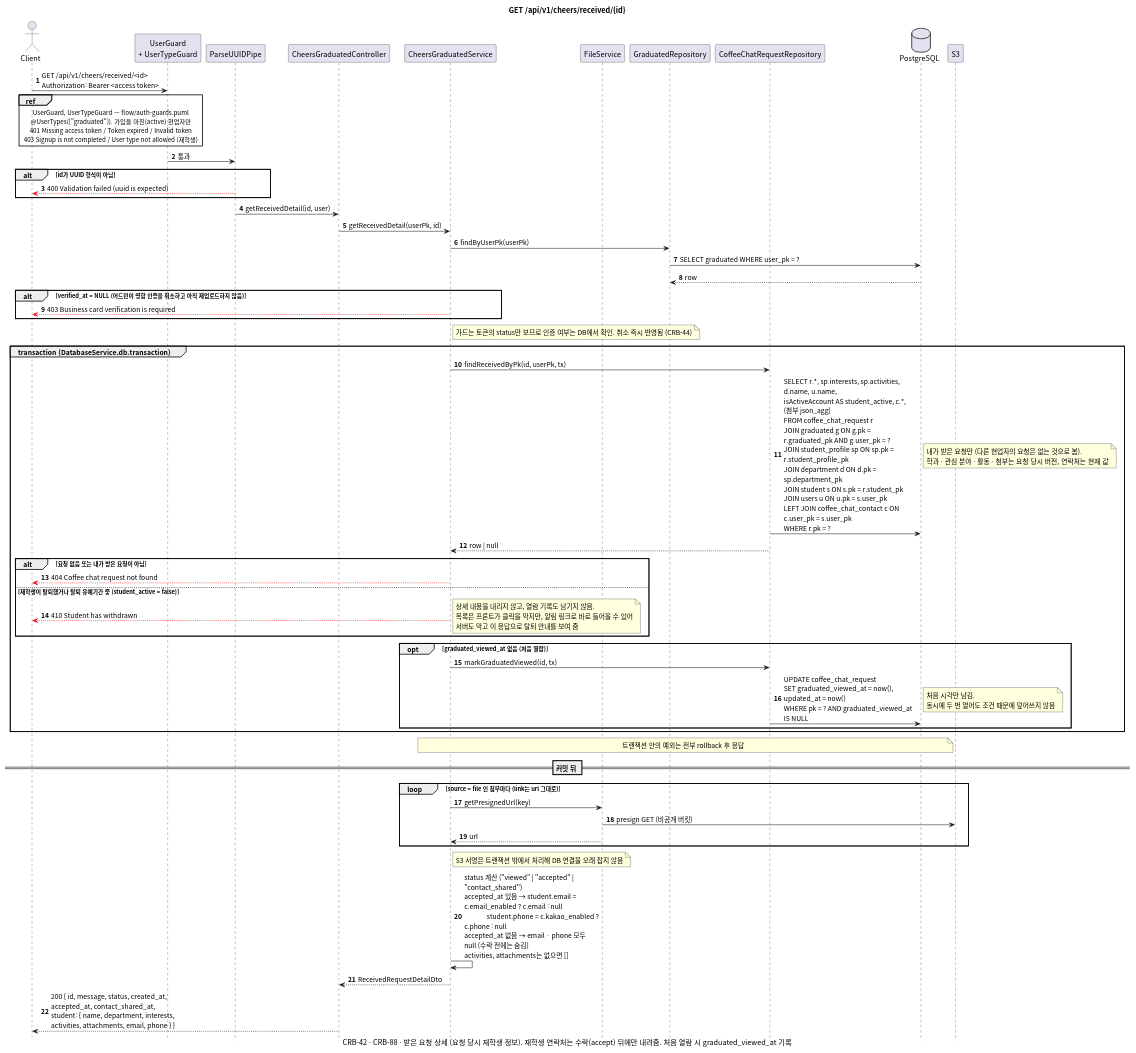
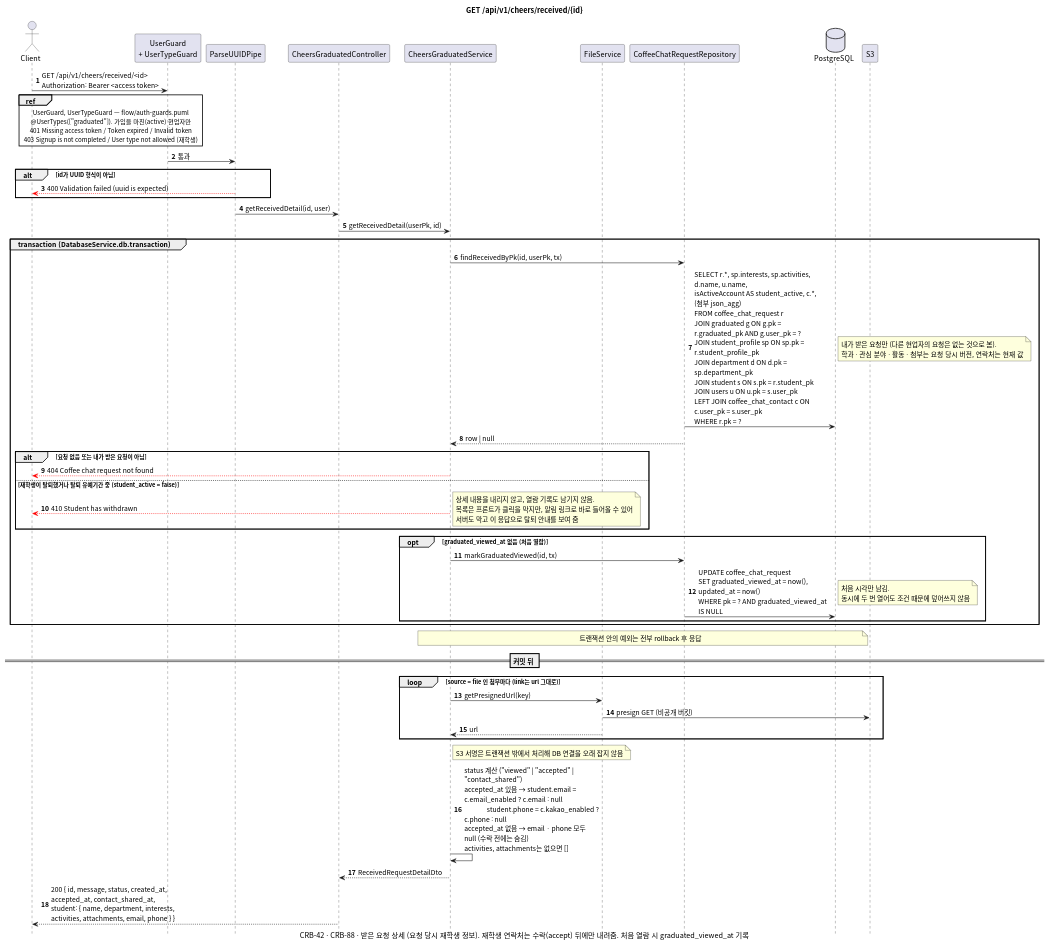
One commit to gsainfoteam/cheers-be changed the diagram in docs/sequence/cheers/get-cheers-received-id.puml. Above: the diagram before and after it, drawn with PlantUML. The commit also changed 12 other files, not shown here.

Commit message:
- docs: update sequence diagrams for graduated signup without verify (CRB-107)

```diff
--- a/docs/sequence/cheers/get-cheers-received-id.puml
+++ b/docs/sequence/cheers/get-cheers-received-id.puml
@@ -1,87 +1,78 @@
 @startuml get-cheers-received-id
 skinparam defaultFontName "Apple SD Gothic Neo", "Noto Sans CJK KR", sans-serif
 skinparam responseMessageBelowArrow true
 skinparam sequenceMessageAlign left
 skinparam maxMessageSize 260
 skinparam BoxPadding 8
 skinparam shadowing false
 autonumber
 hide footbox
 
 title GET /api/v1/cheers/received/{id}
 caption CRB-42 · CRB-88 · 받은 요청 상세 (요청 당시 재학생 정보). 재학생 연락처는 수락(accept) 뒤에만 내려줌. 처음 열람 시 graduated_viewed_at 기록
 
 actor Client
 participant "UserGuard\n+ UserTypeGuard" as Guard
 participant "ParseUUIDPipe" as Pipe
 participant "CheersGraduatedController" as Controller
 participant "CheersGraduatedService" as Service
 participant "FileService" as FileService
-participant "GraduatedRepository" as GraduatedRepository
 participant "CoffeeChatRequestRepository" as CoffeeChatRequestRepository
 database PostgreSQL
 participant "S3"
 
 Client -> Guard: GET /api/v1/cheers/received/<id>\nAuthorization: Bearer <access token>
 ref over Client, Guard
   UserGuard, UserTypeGuard — flow/auth-guards.puml
   @UserTypes(["graduated"]). 가입을 마친(active) 현업자만
   401 Missing access token / Token expired / Invalid token
   403 Signup is not completed / User type not allowed (재학생)
 end ref
 Guard -> Pipe: 통과
 alt id가 UUID 형식이 아님
   Pipe -[#red]-> Client: 400 Validation failed (uuid is expected)
 end
 Pipe -> Controller: getReceivedDetail(id, user)
 Controller -> Service: getReceivedDetail(userPk, id)
-
-Service -> GraduatedRepository: findByUserPk(userPk)
-GraduatedRepository -> PostgreSQL: SELECT graduated WHERE user_pk = ?
-PostgreSQL --> GraduatedRepository: row
-alt verified_at = NULL (어드민이 명함 인증을 취소하고 아직 재업로드하지 않음)
-  Service -[#red]-> Client: 403 Business card verification is required
-end
-note right of Service: 가드는 토큰의 status만 보므로 인증 여부는 DB에서 확인. 취소 즉시 반영됨 (CRB-44)
 
 group transaction (DatabaseService.db.transaction)
   Service -> CoffeeChatRequestRepository: findReceivedByPk(id, userPk, tx)
   CoffeeChatRequestRepository -> PostgreSQL: SELECT r.*, sp.interests, sp.activities, d.name, u.name,\nisActiveAccount AS student_active, c.*, (첨부 json_agg)\nFROM coffee_chat_request r\nJOIN graduated g ON g.pk = r.graduated_pk AND g.user_pk = ?\nJOIN student_profile sp ON sp.pk = r.student_profile_pk\nJOIN department d ON d.pk = sp.department_pk\nJOIN student s ON s.pk = r.student_pk\nJOIN users u ON u.pk = s.user_pk\nLEFT JOIN coffee_chat_contact c ON c.user_pk = s.user_pk\nWHERE r.pk = ?
   note right
     내가 받은 요청만 (다른 현업자의 요청은 없는 것으로 봄).
     학과 · 관심 분야 · 활동 · 첨부는 요청 당시 버전, 연락처는 현재 값
   end note
   CoffeeChatRequestRepository --> Service: row | null
   alt 요청 없음 또는 내가 받은 요청이 아님
     Service -[#red]-> Client: 404 Coffee chat request not found
   else 재학생이 탈퇴했거나 탈퇴 유예기간 중 (student_active = false)
     Service -[#red]-> Client: 410 Student has withdrawn
     note right
       상세 내용을 내리지 않고, 열람 기록도 남기지 않음.
       목록은 프론트가 클릭을 막지만, 알림 링크로 바로 들어올 수 있어
       서버도 막고 이 응답으로 탈퇴 안내를 보여 줌
     end note
   end
 
   opt graduated_viewed_at 없음 (처음 열람)
     Service -> CoffeeChatRequestRepository: markGraduatedViewed(id, tx)
     CoffeeChatRequestRepository -> PostgreSQL: UPDATE coffee_chat_request\nSET graduated_viewed_at = now(), updated_at = now()\nWHERE pk = ? AND graduated_viewed_at IS NULL
     note right: 처음 시각만 남김.\n동시에 두 번 열어도 조건 때문에 덮어쓰지 않음
   end
 end
 note over Service, PostgreSQL: 트랜잭션 안의 예외는 전부 rollback 후 응답
 
 == 커밋 뒤 ==
 
 loop source = file 인 첨부마다 (link는 url 그대로)
   Service -> FileService: getPresignedUrl(key)
   FileService -> S3: presign GET (비공개 버킷)
   FileService --> Service: url
 end
 note right of Service: S3 서명은 트랜잭션 밖에서 처리해 DB 연결을 오래 잡지 않음
 
 Service -> Service: status 계산 ("viewed" | "accepted" | "contact_shared")\naccepted_at 있음 → student.email = c.email_enabled ? c.email : null\n               student.phone = c.kakao_enabled ? c.phone : null\naccepted_at 없음 → email · phone 모두 null (수락 전에는 숨김)\nactivities, attachments는 없으면 []
 Service --> Controller: ReceivedRequestDetailDto
 Controller --> Client: 200 { id, message, status, created_at, accepted_at, contact_shared_at,\nstudent: { name, department, interests, activities, attachments, email, phone } }
 
 @enduml
```
